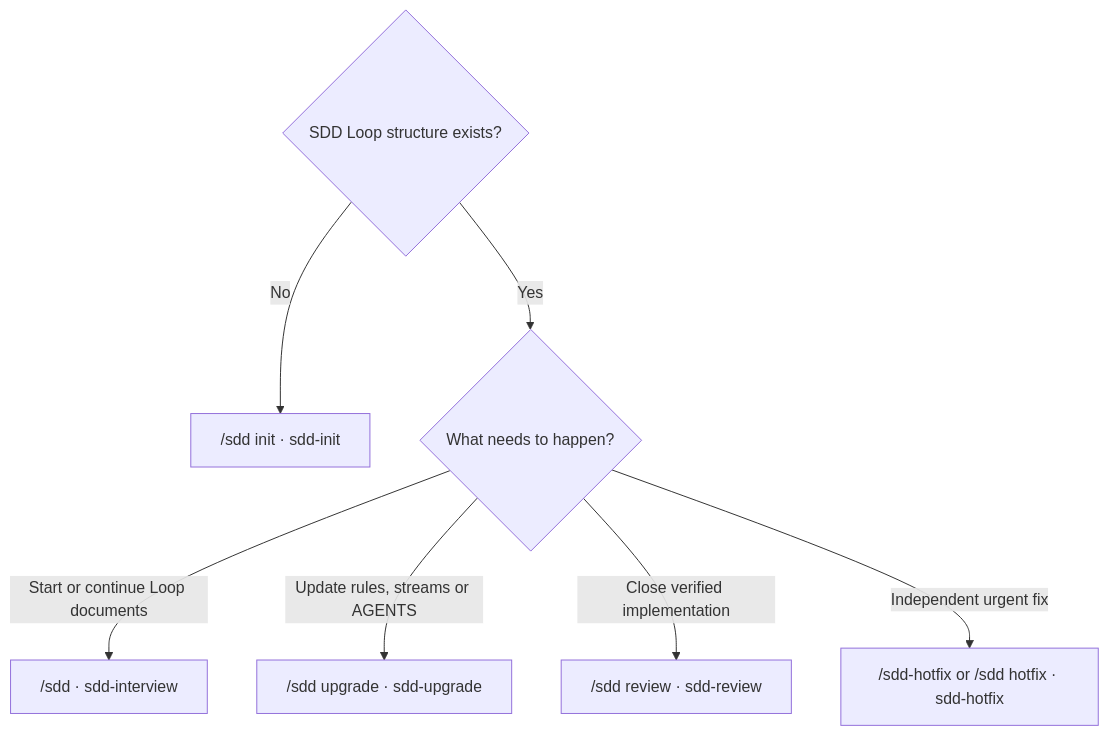
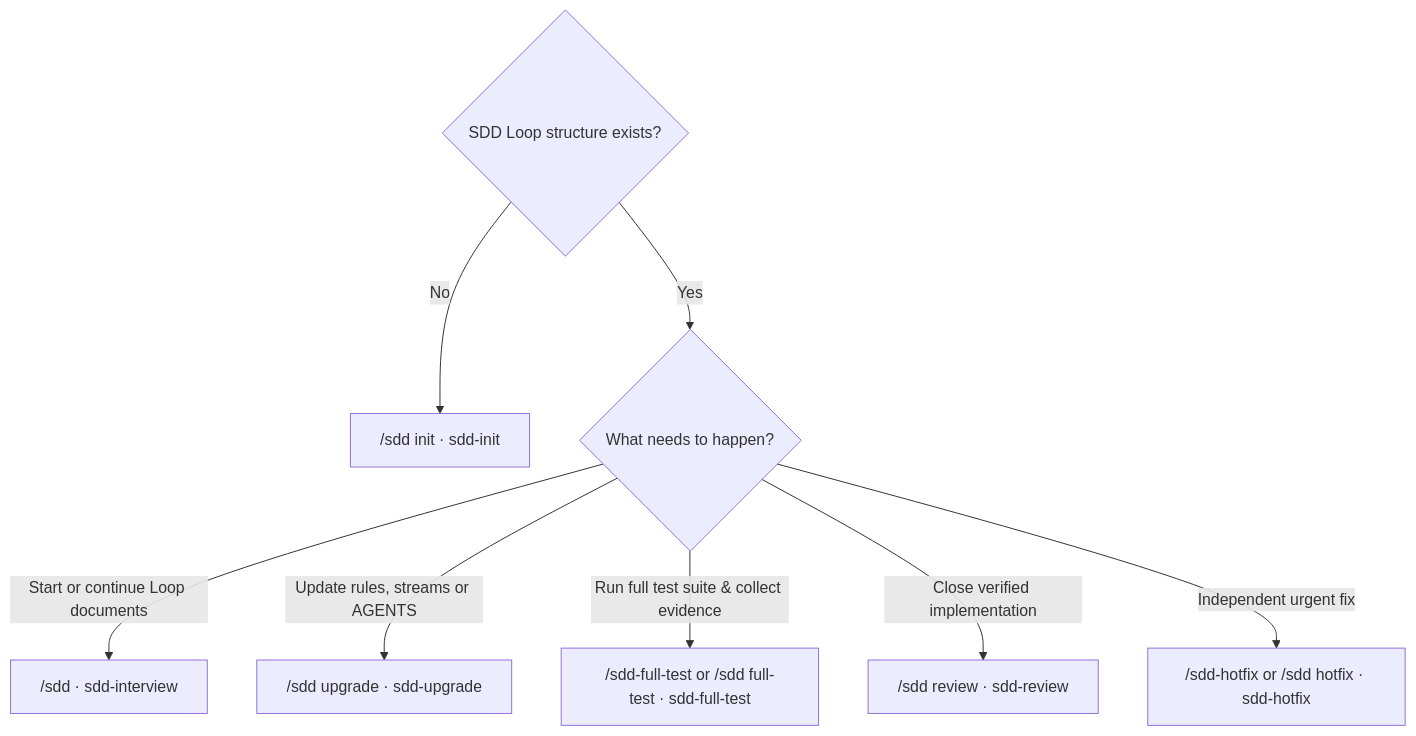
The third of 3 diagrams in README.md (Roger0808/sdd-loop), drawn with Mermaid before and after one commit. The commit also changed other lines of this file and 15 other files, not shown here.

Commit message:
feat: add pluggable full-test evidence runner and protocol

````diff
--- a/README.md
+++ b/README.md
@@ -223,10 +225,11 @@
 ```mermaid
 flowchart TD
     A{SDD Loop structure exists?}
     A -- No --> I["/sdd init · sdd-init"]
     A -- Yes --> B{What needs to happen?}
     B -- Start or continue Loop documents --> N["/sdd · sdd-interview"]
     B -- Update rules, streams or AGENTS --> U["/sdd upgrade · sdd-upgrade"]
+    B -- Run full test suite & collect evidence --> T["/sdd-full-test or /sdd full-test · sdd-full-test"]
     B -- Close verified implementation --> R["/sdd review · sdd-review"]
     B -- Independent urgent fix --> H["/sdd-hotfix or /sdd hotfix · sdd-hotfix"]
 ```
````
